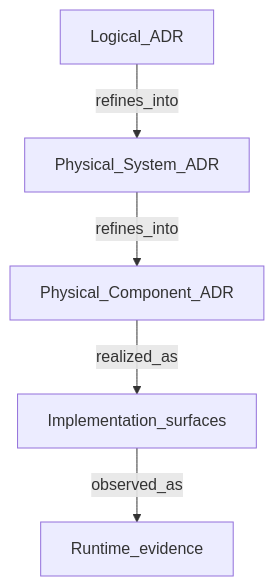
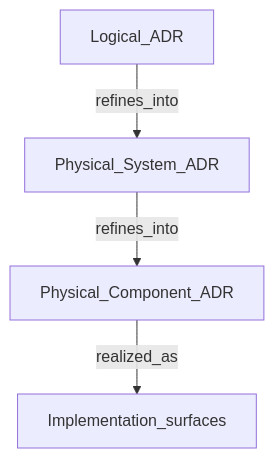
One commit to egallmann/ste-handbook changed the diagram in 03-artifacts/03-01-architecture-decision-records.md. Above: the diagram before and after it, drawn with Mermaid. The commit also changed other lines of this file and 35 other files, not shown here.

````diff
--- a/03-artifacts/03-01-architecture-decision-records.md
+++ b/03-artifacts/03-01-architecture-decision-records.md
@@ -30,7 +38,6 @@
 ```mermaid
 flowchart TB
   L[Logical_ADR] -->|"refines_into"| PS[Physical_System_ADR]
   PS -->|"refines_into"| PC[Physical_Component_ADR]
   PC -->|"realized_as"| IMPL[Implementation_surfaces]
-  IMPL -->|"observed_as"| RTE[Runtime_evidence]
 ```
````
